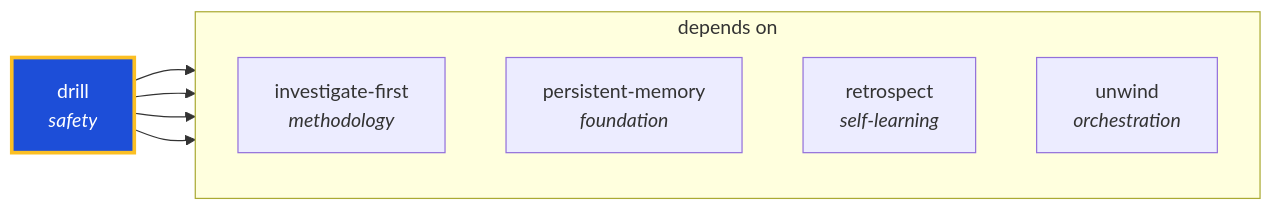
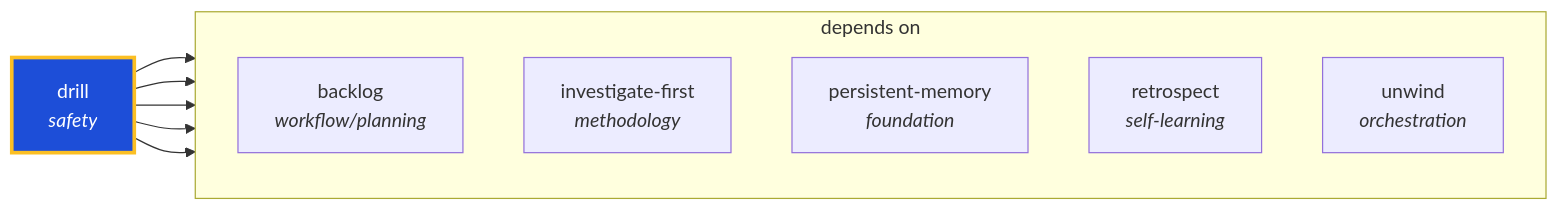
The diagram in docs/graphs/generated/drill.md (ThePlenkov/skills), drawn with Mermaid before and after one commit. The commit also changed other lines of this file and 22 other files, not shown here.

````diff
--- a/docs/graphs/generated/drill.md
+++ b/docs/graphs/generated/drill.md
@@ -22,18 +22,20 @@
 ```mermaid
 graph LR
   drill["drill<br/><i>safety</i>"]
   classDef center fill:#1d4ed8,stroke:#fbbf24,stroke-width:3px,color:#fff
   class drill center
 
   subgraph sg_depends_on["depends on"]
     direction TB
+    backlog["backlog<br/><i>workflow/planning</i>"]
     investigate_first["investigate-first<br/><i>methodology</i>"]
     persistent_memory["persistent-memory<br/><i>foundation</i>"]
     retrospect["retrospect<br/><i>self-learning</i>"]
     unwind["unwind<br/><i>orchestration</i>"]
   end
+  drill --> backlog
   drill --> investigate_first
   drill --> persistent_memory
   drill --> retrospect
   drill --> unwind
 ```
````
